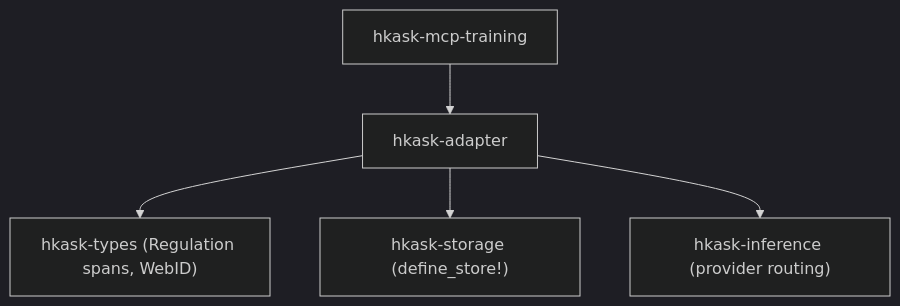
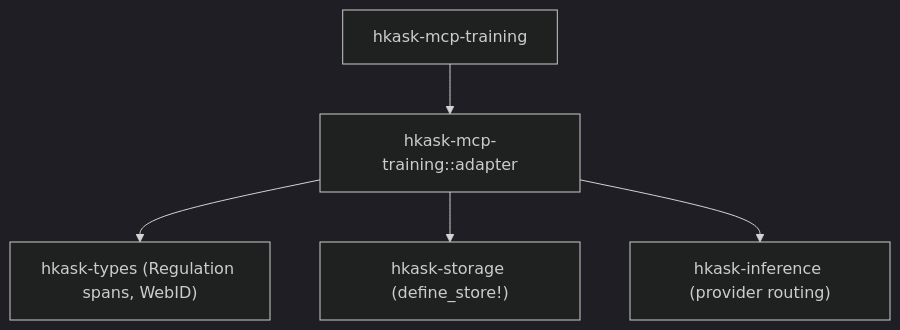
Before and after one commit to mdz-axo/hKask: the sixth of 24 diagrams in docs/architecture/core/hKask-architecture-master.md, drawn with Mermaid (dark theme). The commit also changed other lines of this file and 14 other files, not shown here.

````diff
--- a/docs/architecture/core/hKask-architecture-master.md
+++ b/docs/architecture/core/hKask-architecture-master.md
@@ -1234,7 +1234,7 @@
 ```mermaid
 graph TD
-    TRAIN["hkask-mcp-training"] --> ADAPTER["hkask-adapter"]
+    TRAIN["hkask-mcp-training"] --> ADAPTER["hkask-mcp-training::adapter"]
     ADAPTER --> TYPES["hkask-types (Regulation spans, WebID)"]
     ADAPTER --> STORAGE["hkask-storage (define_store!)"]
     ADAPTER --> INFERENCE["hkask-inference (provider routing)"]
 ```
````
